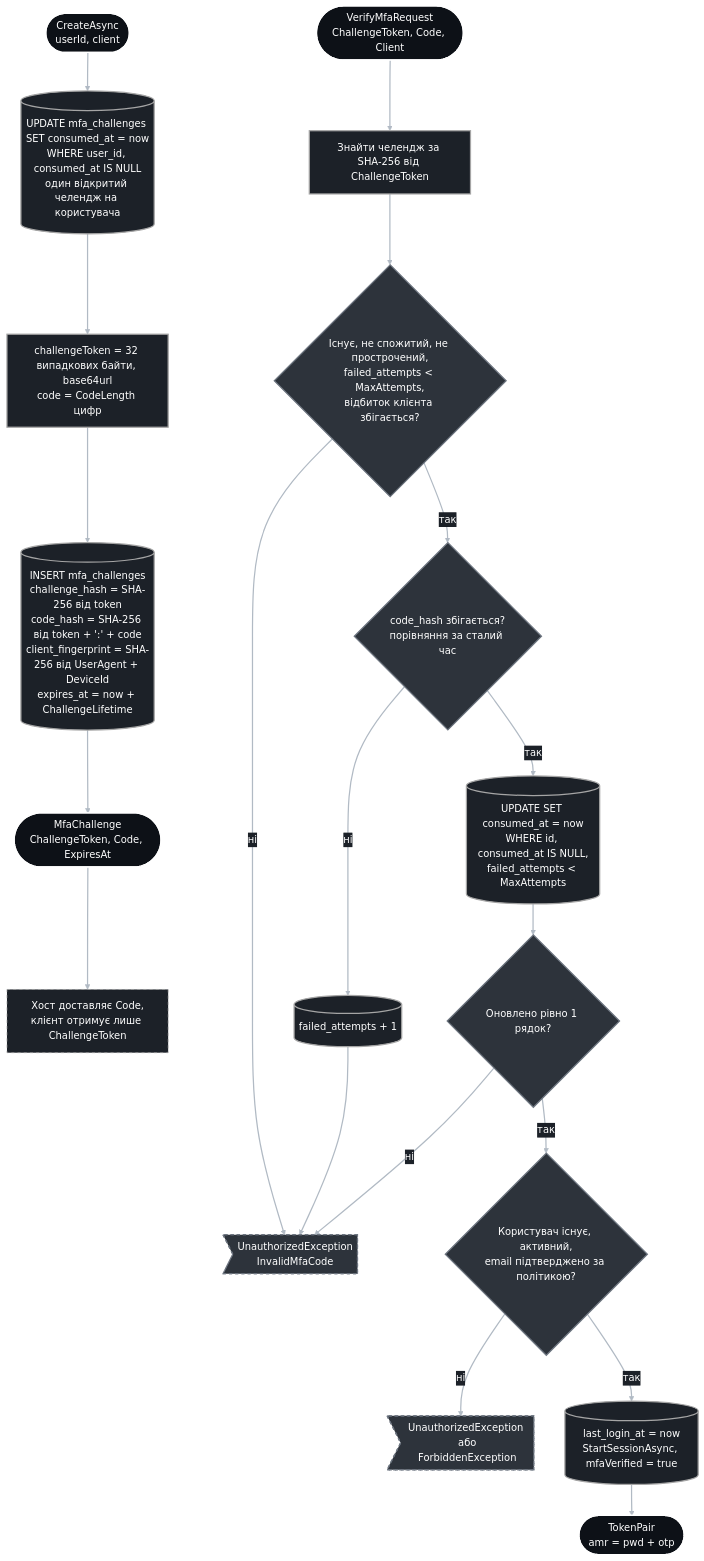
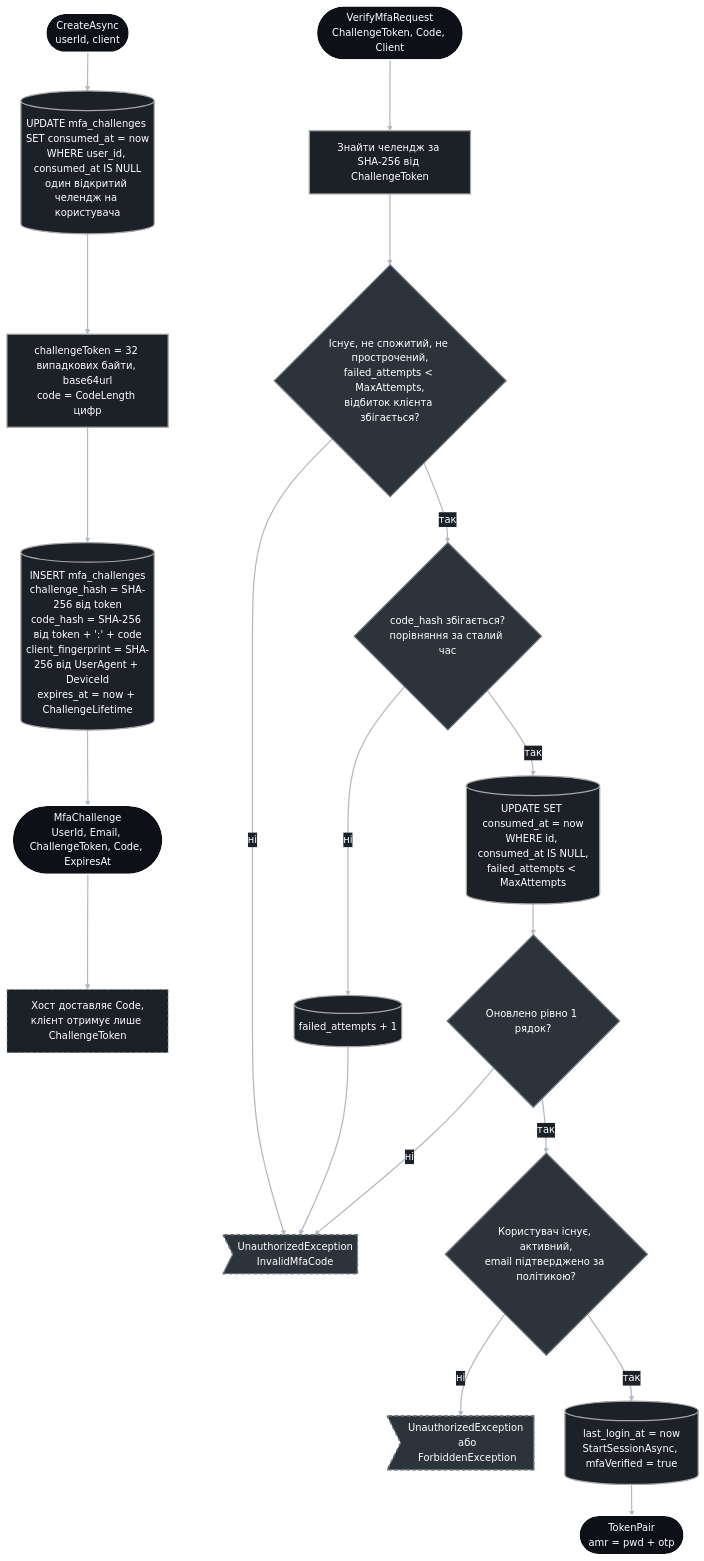
One commit to no-more-tears/NoMoreTears changed the sixth of 15 diagrams in docs/identity-provider-flows.md. Above: the diagram before and after it, drawn with Mermaid. The commit also changed other lines of this file and 151 other files, not shown here.

````diff
--- a/docs/identity-provider-flows.md
+++ b/docs/identity-provider-flows.md
@@ -298,40 +298,40 @@
 ```mermaid
 %%{init: {"theme":"base","themeVariables":{"fontFamily":"Segoe UI, Helvetica, Arial, sans-serif","primaryColor":"#1C2128","primaryTextColor":"#FFFFFF","primaryBorderColor":"#A5A5A5","lineColor":"#B1BAC4","edgeLabelBackground":"#1C2128","clusterBkg":"#0D1117","clusterBorder":"#A5A5A5","titleColor":"#FFFFFF"}}}%%
 flowchart TD
     accTitle: Створення та перевірка MFA-челенджу
     accDescr: CreateAsync закриває попередні відкриті челенджі користувача і зберігає хеш токена челенджу, хеш коду, прив'язаний до токена, та відбиток клієнта з User-Agent і DeviceId. VerifyMfaAsync через VerifyAsync відхиляє невідомий, спожитий, прострочений, вичерпаний за спробами або чужий за клієнтом челендж, лічить невірні коди, споживає челендж умовним UPDATE рівно одним викликом і відкриває сесію з ознакою MfaVerified.
 
     M0(["CreateAsync<br/>userId, client"]) --> M1[("UPDATE mfa_challenges SET consumed_at = now<br/>WHERE user_id, consumed_at IS NULL<br/>один відкритий челендж на користувача")]
     M1 --> M2["challengeToken = 32 випадкових байти, base64url<br/>code = CodeLength цифр"]
     M2 --> M3[("INSERT mfa_challenges<br/>challenge_hash = SHA-256 від token<br/>code_hash = SHA-256 від token + ':' + code<br/>client_fingerprint = SHA-256 від UserAgent + DeviceId<br/>expires_at = now + ChallengeLifetime")]
-    M3 --> M4(["MfaChallenge<br/>ChallengeToken, Code, ExpiresAt"])
+    M3 --> M4(["MfaChallenge<br/>UserId, Email, ChallengeToken, Code, ExpiresAt"])
     M4 --> M5["Хост доставляє Code,<br/>клієнт отримує лише ChallengeToken"]
 
     V0(["VerifyMfaRequest<br/>ChallengeToken, Code, Client"]) --> V1["Знайти челендж за SHA-256 від ChallengeToken"]
     V1 --> V2{"Існує, не спожитий, не прострочений,<br/>failed_attempts < MaxAttempts,<br/>відбиток клієнта збігається?"}
     V2 -->|"ні"| VF>"UnauthorizedException<br/>InvalidMfaCode"]
     V2 -->|"так"| V3{"code_hash збігається?<br/>порівняння за сталий час"}
     V3 -->|"ні"| V4[("failed_attempts + 1")]
     V4 --> VF
     V3 -->|"так"| V5[("UPDATE SET consumed_at = now<br/>WHERE id, consumed_at IS NULL,<br/>failed_attempts < MaxAttempts")]
     V5 --> V6{"Оновлено рівно 1 рядок?"}
     V6 -->|"ні"| VF
     V6 -->|"так"| V7{"Користувач існує, активний,<br/>email підтверджено за політикою?"}
     V7 -->|"ні"| VD>"UnauthorizedException або<br/>ForbiddenException"]
     V7 -->|"так"| V8[("last_login_at = now<br/>StartSessionAsync, mfaVerified = true")]
     V8 --> V9(["TokenPair<br/>amr = pwd + otp"])
 
     classDef core fill:#0D1117,color:#FFFFFF,stroke:#FFFFFF,stroke-width:2px;
     classDef support fill:#1C2128,color:#FFFFFF,stroke:#A5A5A5,stroke-width:2px;
     classDef generic fill:#2D333B,color:#FFFFFF,stroke:#6E7681,stroke-width:2px;
     classDef fail fill:#2D333B,color:#FFFFFF,stroke:#6E7681,stroke-width:2px,stroke-dasharray: 5 5;
     classDef ext fill:#1C2128,color:#FFFFFF,stroke:#A5A5A5,stroke-width:1px,stroke-dasharray: 5 5;
 
     class M0,M4,V0,V9 core;
     class M1,M2,M3,V1,V4,V5,V8 support;
     class V2,V3,V6,V7 generic;
     class VF,VD fail;
     class M5 ext;
 
     linkStyle default stroke:#B1BAC4,stroke-width:2px,color:#FFFFFF
 ```
````
